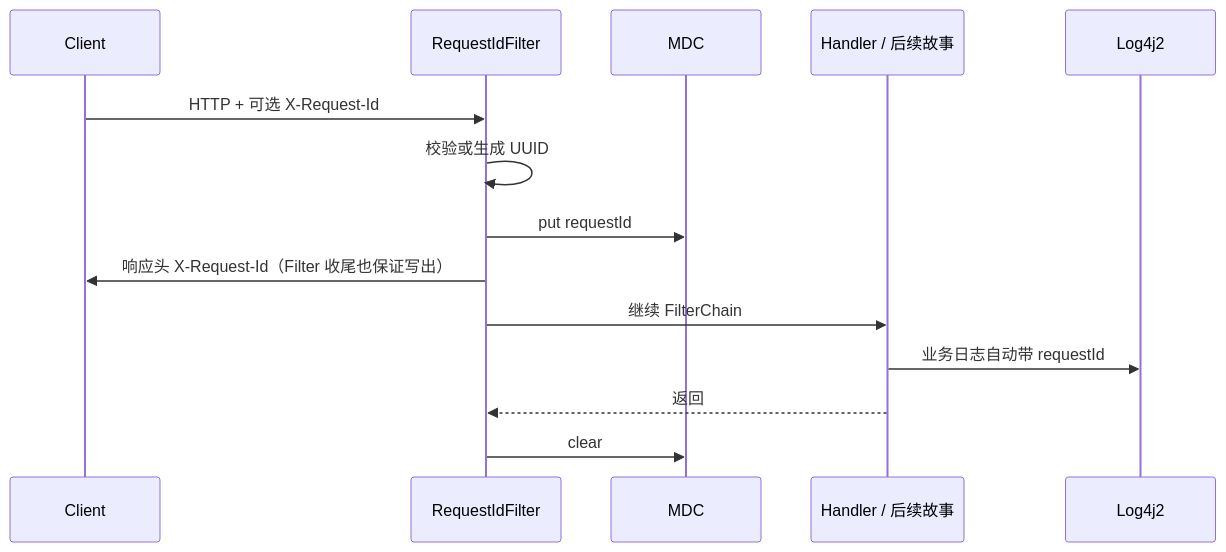
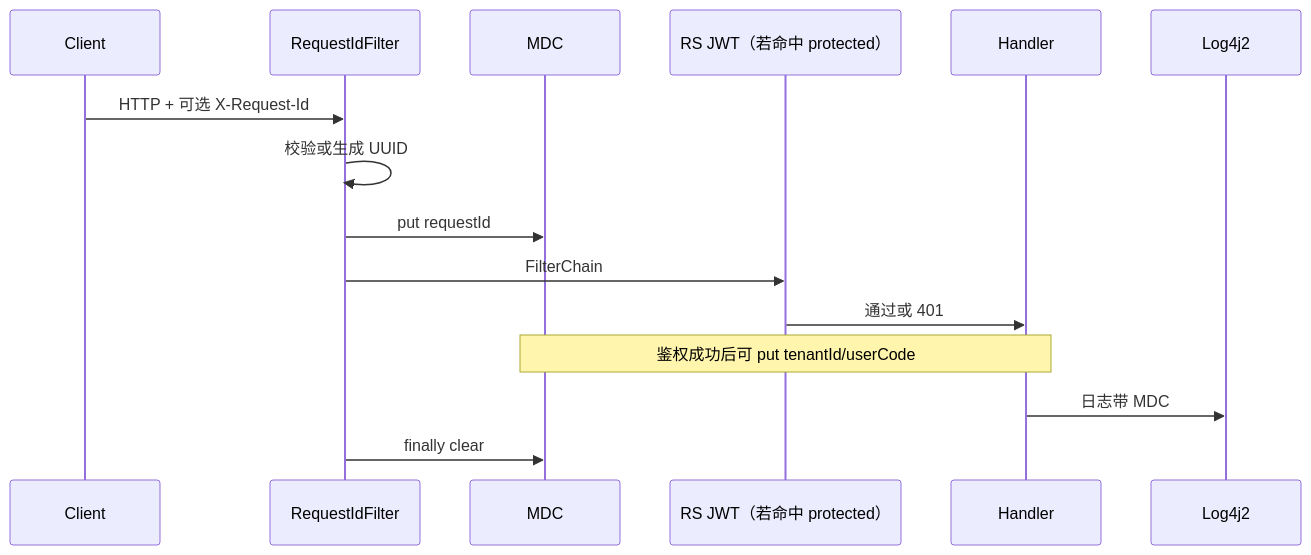
One commit to Pedro-MAFS/ftcs changed the second of 2 diagrams in token-gateway/docs/design/US-G0-14-健康检查与结构化日志设计.md. Above: the diagram before and after it, drawn with Mermaid. The commit also changed other lines of this file and 15 other files, not shown here.

Commit message:
落地 US-G0-14：JWT 探活、requestId 与滚动日志（对齐参考 log4j2 配置）。

````diff
--- a/token-gateway/docs/design/US-G0-14-健康检查与结构化日志设计.md
+++ b/token-gateway/docs/design/US-G0-14-健康检查与结构化日志设计.md
@@ -124,17 +143,18 @@
 ```mermaid
 sequenceDiagram
   participant C as Client
   participant F as RequestIdFilter
   participant M as MDC
-  participant H as Handler / 后续故事
+  participant RS as RS JWT（若命中 protected）
+  participant H as Handler
   participant L as Log4j2
 
   C->>F: HTTP + 可选 X-Request-Id
   F->>F: 校验或生成 UUID
   F->>M: put requestId
-  F->>C: 响应头 X-Request-Id（Filter 收尾也保证写出）
-  F->>H: 继续 FilterChain
-  H->>L: 业务日志自动带 requestId
-  H-->>F: 返回
-  F->>M: clear
+  F->>RS: FilterChain
+  RS->>H: 通过或 401
+  Note over H,M: 鉴权成功后可 put tenantId/userCode
+  H->>L: 日志带 MDC
+  F->>M: finally clear
 ```
````
